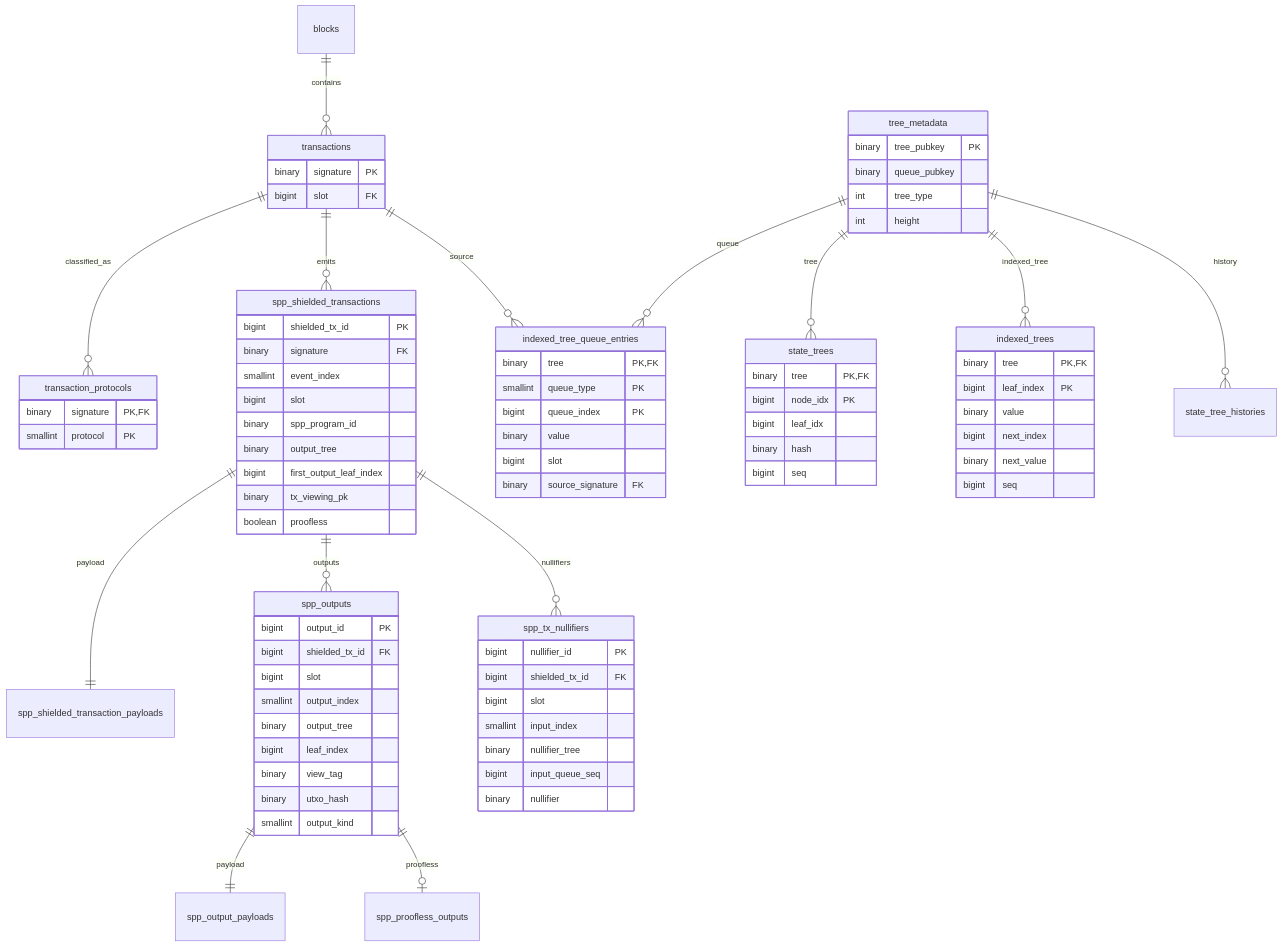
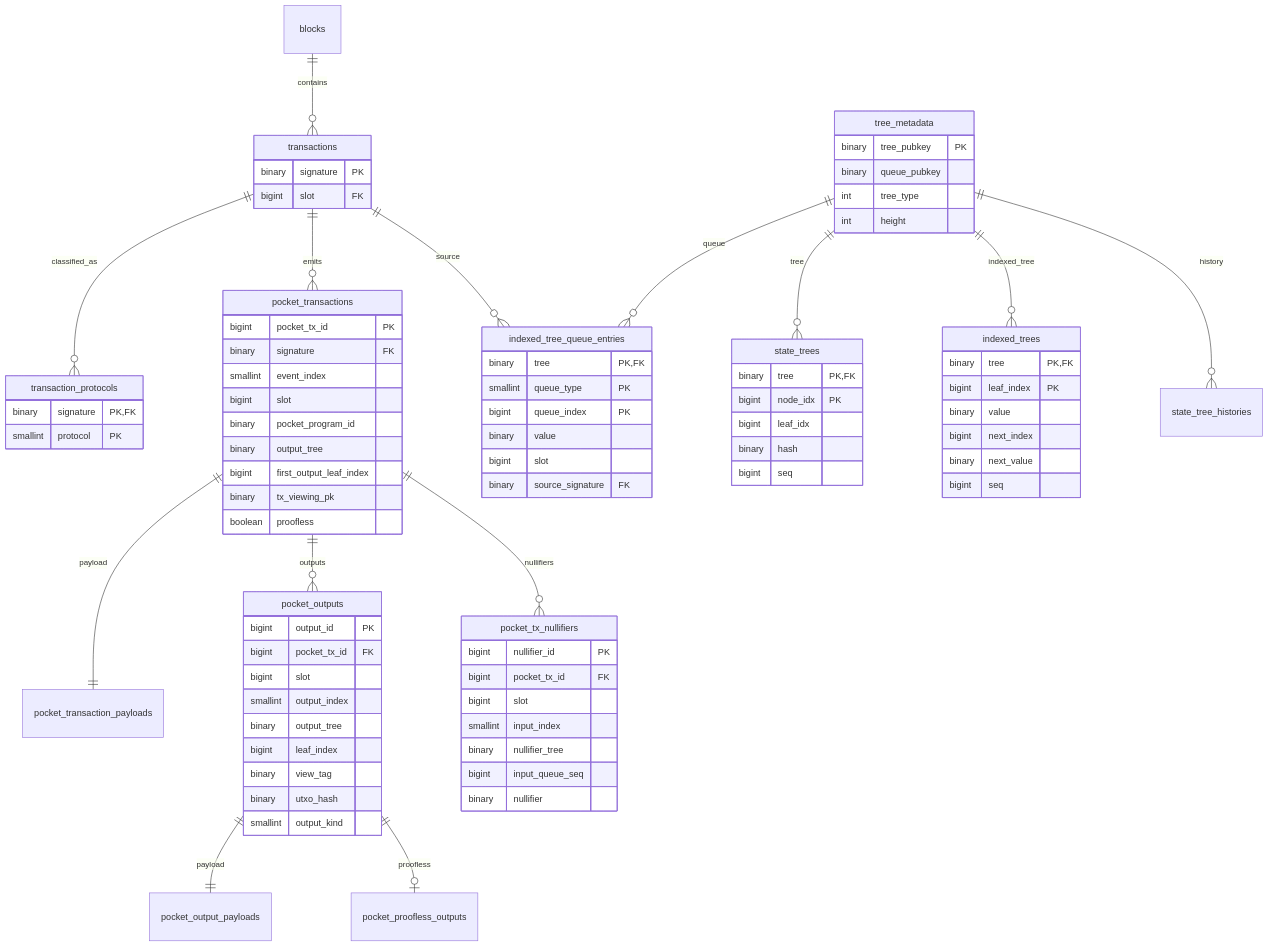
Before and after one commit to helius-labs/zolana: the diagram in docs/photon.md, drawn with Mermaid. The commit also changed other lines of this file, not shown here.

Commit message:
Rename to pocket

```diff
--- a/docs/photon.md
+++ b/docs/photon.md
@@ -40,7 +40,7 @@
 erDiagram
     blocks ||--o{ transactions : contains
     transactions ||--o{ transaction_protocols : classified_as
-    transactions ||--o{ spp_shielded_transactions : emits
+    transactions ||--o{ pocket_transactions : emits
     transactions ||--o{ indexed_tree_queue_entries : source
 
     tree_metadata ||--o{ state_trees : tree
@@ -48,11 +48,11 @@
     tree_metadata ||--o{ indexed_tree_queue_entries : queue
     tree_metadata ||--o{ state_tree_histories : history
 
-    spp_shielded_transactions ||--|| spp_shielded_transaction_payloads : payload
-    spp_shielded_transactions ||--o{ spp_outputs : outputs
-    spp_shielded_transactions ||--o{ spp_tx_nullifiers : nullifiers
-    spp_outputs ||--|| spp_output_payloads : payload
-    spp_outputs ||--o| spp_proofless_outputs : proofless
+    pocket_transactions ||--|| pocket_transaction_payloads : payload
+    pocket_transactions ||--o{ pocket_outputs : outputs
+    pocket_transactions ||--o{ pocket_tx_nullifiers : nullifiers
+    pocket_outputs ||--|| pocket_output_payloads : payload
+    pocket_outputs ||--o| pocket_proofless_outputs : proofless
 
     transactions {
         binary signature PK
@@ -97,21 +97,21 @@
         binary source_signature FK
     }
 
-    spp_shielded_transactions {
-        bigint shielded_tx_id PK
+    pocket_transactions {
+        bigint pocket_tx_id PK
         binary signature FK
         smallint event_index
         bigint slot
-        binary spp_program_id
+        binary pocket_program_id
         binary output_tree
         bigint first_output_leaf_index
         binary tx_viewing_pk
         boolean proofless
     }
 
-    spp_outputs {
+    pocket_outputs {
         bigint output_id PK
-        bigint shielded_tx_id FK
+        bigint pocket_tx_id FK
         bigint slot
         smallint output_index
         binary output_tree
@@ -121,9 +121,9 @@
         smallint output_kind
     }
 
-    spp_tx_nullifiers {
+    pocket_tx_nullifiers {
         bigint nullifier_id PK
-        bigint shielded_tx_id FK
+        bigint pocket_tx_id FK
         bigint slot
         smallint input_index
         binary nullifier_tree
```
